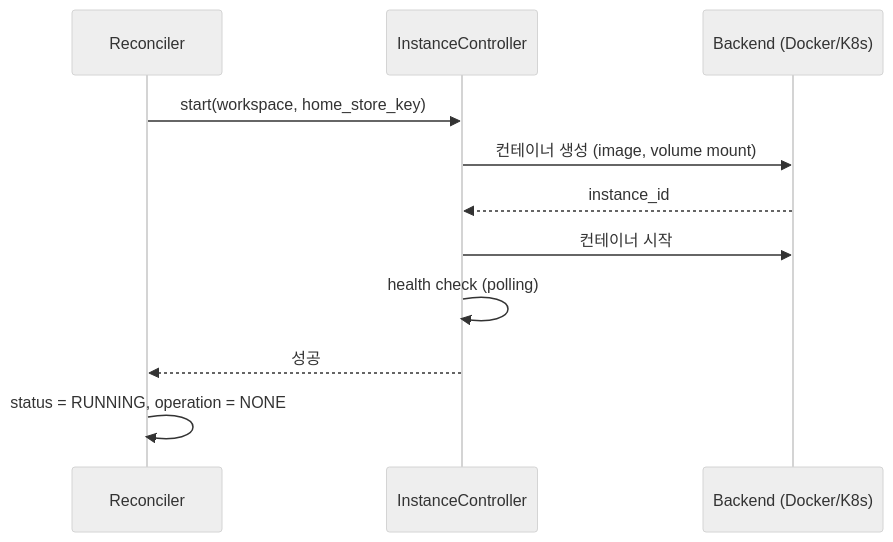
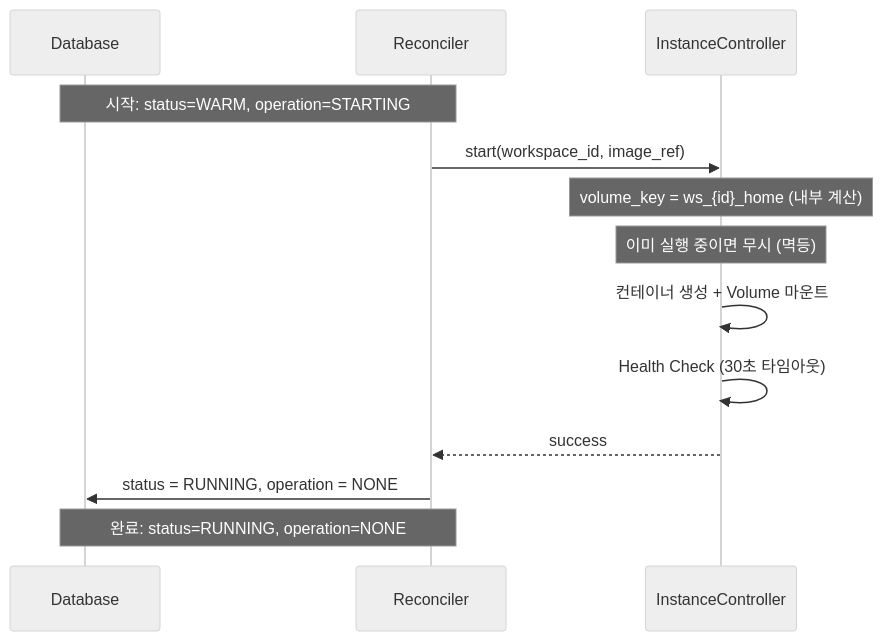
The first of 3 diagrams in docs/spec_v2/instance.md (cagojeiger/code-hub), drawn with Mermaid (neutral theme) before and after one commit. The commit also changed other lines of this file and 1 other file, not shown here.

First line of the commit message:
docs(spec): enhance instance.md to storage-level quality

````diff
--- a/docs/spec_v2/instance.md
+++ b/docs/spec_v2/instance.md
@@ -37,14 +186,17 @@
 ```mermaid
 sequenceDiagram
+    participant DB as Database
     participant R as Reconciler
     participant I as InstanceController
-    participant B as Backend (Docker/K8s)
 
-    R->>I: start(workspace, home_store_key)
-    I->>B: 컨테이너 생성 (image, volume mount)
-    B-->>I: instance_id
-    I->>B: 컨테이너 시작
-    I->>I: health check (polling)
-    I-->>R: 성공
-    R->>R: status = RUNNING, operation = NONE
+    Note over DB,R: 시작: status=WARM, operation=STARTING
+    R->>I: start(workspace_id, image_ref)
+    Note over I: volume_key = ws_{id}_home (내부 계산)
+    Note over I: 이미 실행 중이면 무시 (멱등)
+    I->>I: 컨테이너 생성 + Volume 마운트
+    I->>I: Health Check (30초 타임아웃)
+    I-->>R: success
+
+    R->>DB: status = RUNNING, operation = NONE
+    Note over DB,R: 완료: status=RUNNING, operation=NONE
 ```
````
